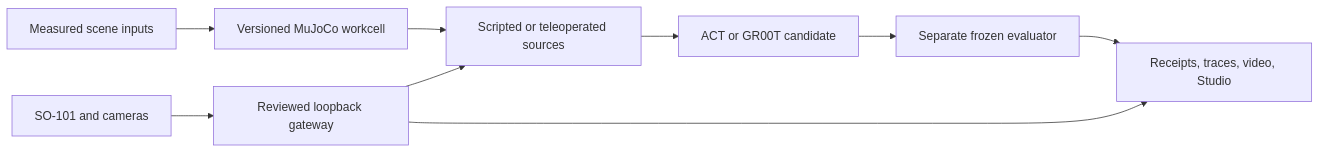
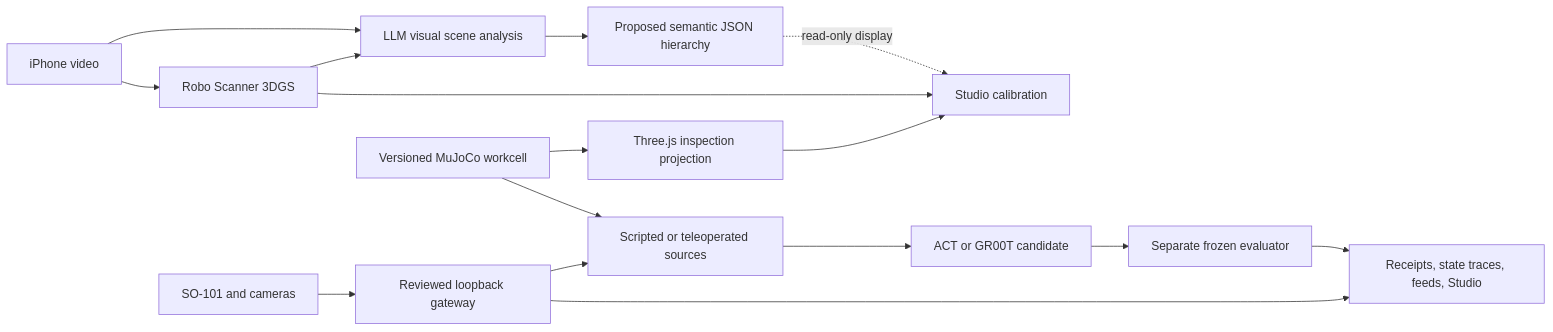
Before and after one commit to jakekinchen/sim2claw: the diagram in README.md, drawn with Mermaid. The commit also changed other lines of this file and 10 other files, not shown here.

````diff
--- a/README.md
+++ b/README.md
@@ -111,11 +119,18 @@
 ```mermaid
 flowchart LR
-    A[Measured scene inputs] --> B[Versioned MuJoCo workcell]
-    B --> C[Scripted or teleoperated sources]
-    C --> D[ACT or GR00T candidate]
-    D --> E[Separate frozen evaluator]
-    E --> F[Receipts, traces, video, Studio]
-    G[SO-101 and cameras] --> H[Reviewed loopback gateway]
-    H --> C
-    H --> F
+    A[iPhone video] --> B[Robo Scanner 3DGS]
+    A --> C[LLM visual scene analysis]
+    B --> C
+    C --> D[Proposed semantic JSON hierarchy]
+    D -. read-only display .-> H[Studio calibration]
+    F[Versioned MuJoCo workcell] --> G[Three.js inspection projection]
+    B --> H[Studio calibration]
+    G --> H
+    F --> I[Scripted or teleoperated sources]
+    I --> J[ACT or GR00T candidate]
+    J --> K[Separate frozen evaluator]
+    K --> L[Receipts, state traces, feeds, Studio]
+    M[SO-101 and cameras] --> N[Reviewed loopback gateway]
+    N --> I
+    N --> L
 ```
````
